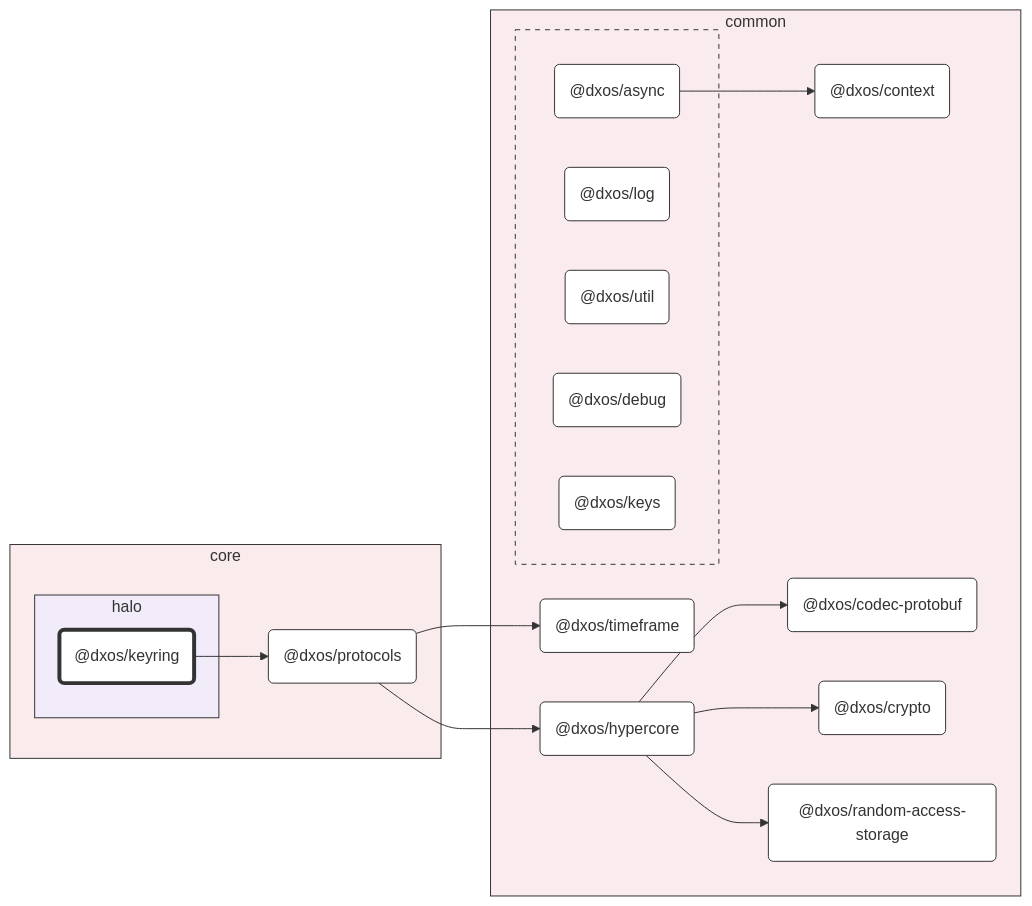
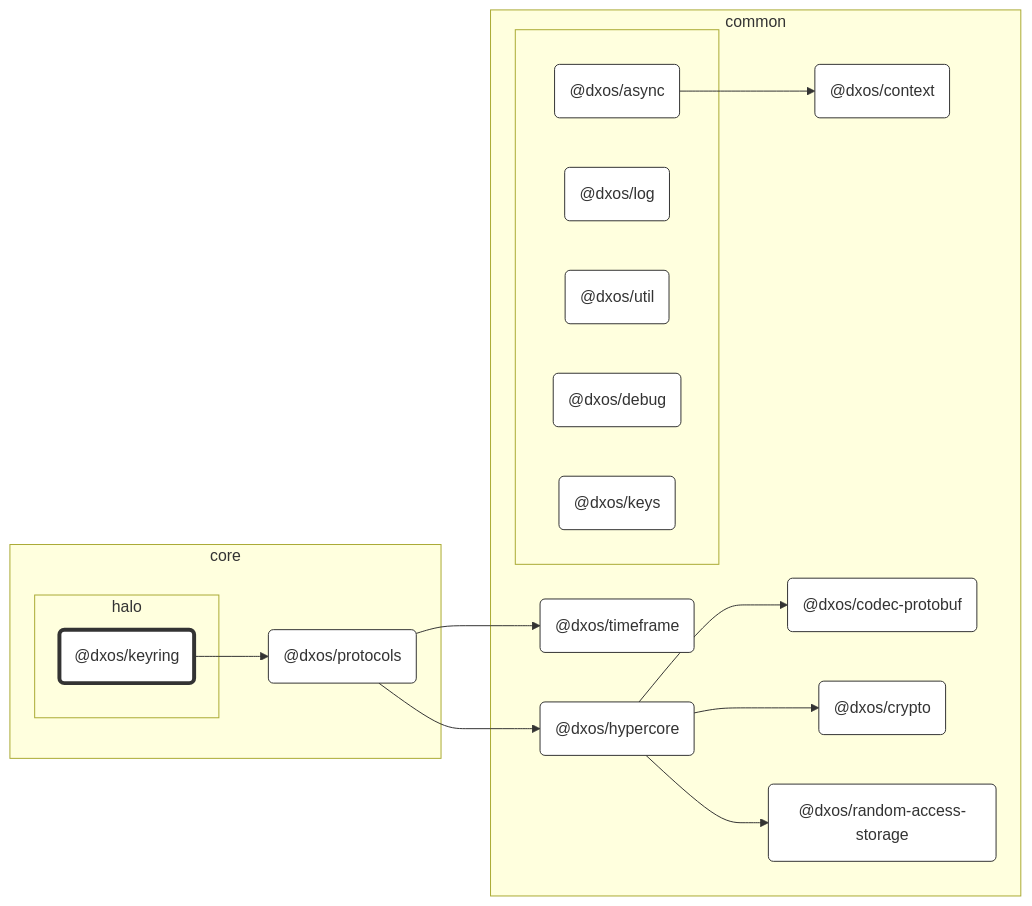
Before and after one commit to dxos/dxos: the diagram in packages/core/halo/keyring/docs/README.md, drawn with Mermaid. The commit also changed 80 other files, not shown here.

````diff
--- a/packages/core/halo/keyring/docs/README.md
+++ b/packages/core/halo/keyring/docs/README.md
@@ -7,63 +7,59 @@
 ```mermaid
 %%{ init: {'flowchart':{'curve':'basis'}} }%%
 
 flowchart LR
 
 %% Classes
 classDef def fill:#fff,stroke:#333,stroke-width:1px
 classDef root fill:#fff,stroke:#333,stroke-width:4px
 
 %% Nodes
 
 subgraph core [core]
-  style core fill:#faebec,stroke:#333
   dxos/protocols("@dxos/protocols"):::def
   click dxos/protocols "dxos/dxos/tree/main/packages/core/protocols/docs"
 
   subgraph halo [halo]
-    style halo fill:#f1ebfa,stroke:#333
     dxos/keyring("@dxos/keyring"):::root
     click dxos/keyring "dxos/dxos/tree/main/packages/core/halo/keyring/docs"
   end
 end
 
 subgraph common [common]
-  style common fill:#faebee,stroke:#333
   dxos/context("@dxos/context"):::def
   click dxos/context "dxos/dxos/tree/main/packages/common/context/docs"
   dxos/codec-protobuf("@dxos/codec-protobuf"):::def
   click dxos/codec-protobuf "dxos/dxos/tree/main/packages/common/codec-protobuf/docs"
   dxos/crypto("@dxos/crypto"):::def
   click dxos/crypto "dxos/dxos/tree/main/packages/common/crypto/docs"
   dxos/hypercore("@dxos/hypercore"):::def
   click dxos/hypercore "dxos/dxos/tree/main/packages/common/hypercore/docs"
   dxos/random-access-storage("@dxos/random-access-storage"):::def
   click dxos/random-access-storage "dxos/dxos/tree/main/packages/common/random-access-storage/docs"
   dxos/timeframe("@dxos/timeframe"):::def
   click dxos/timeframe "dxos/dxos/tree/main/packages/common/timeframe/docs"
 
   subgraph _ [ ]
-    style _ fill:#faebee,stroke:#333,stroke-dasharray:5 5
     dxos/async("@dxos/async"):::def
     click dxos/async "dxos/dxos/tree/main/packages/common/async/docs"
     dxos/log("@dxos/log"):::def
     click dxos/log "dxos/dxos/tree/main/packages/common/log/docs"
     dxos/util("@dxos/util"):::def
     click dxos/util "dxos/dxos/tree/main/packages/common/util/docs"
     dxos/debug("@dxos/debug"):::def
     click dxos/debug "dxos/dxos/tree/main/packages/common/debug/docs"
     dxos/keys("@dxos/keys"):::def
     click dxos/keys "dxos/dxos/tree/main/packages/common/keys/docs"
   end
 end
 
 %% Links
 linkStyle default stroke:#333,stroke-width:1px
 dxos/async --> dxos/context
 dxos/keyring --> dxos/protocols
 dxos/protocols --> dxos/hypercore
 dxos/hypercore --> dxos/codec-protobuf
 dxos/hypercore --> dxos/crypto
 dxos/hypercore --> dxos/random-access-storage
 dxos/protocols --> dxos/timeframe
 ```
````
